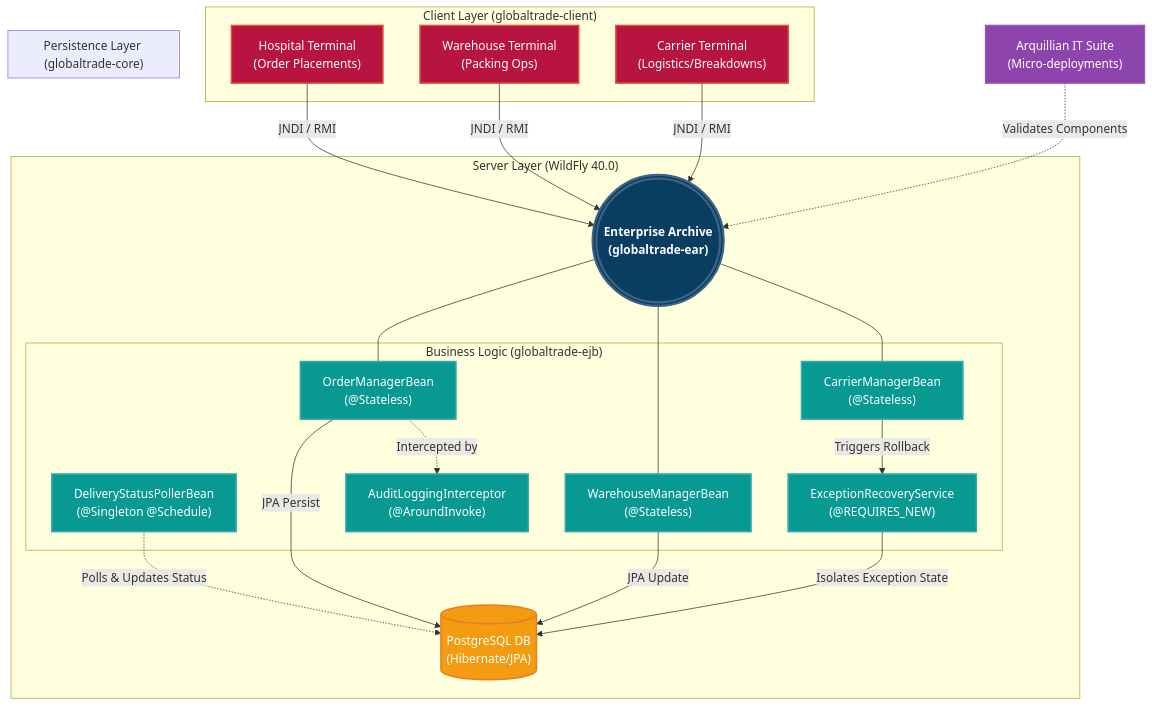
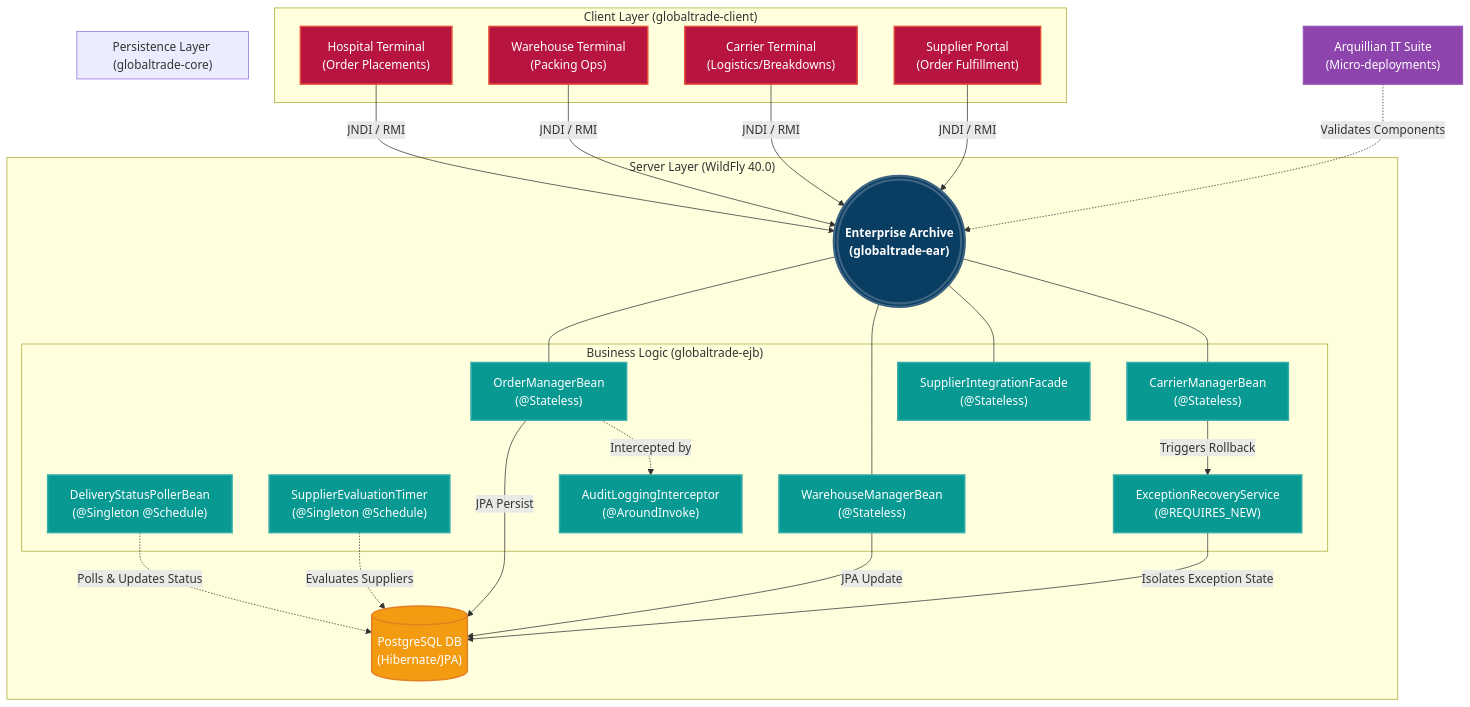
One commit to notlasandu/globaltrade-scm changed the diagram in README.md. Above: the diagram before and after it, drawn with Mermaid. The commit also changed other lines of this file and 29 other files, not shown here.

Commit message:
feat: Implement Vendor Order Fulfillment, Evaluation Timer, and SKU Decoupling

````diff
--- a/README.md
+++ b/README.md
@@ -86,56 +88,62 @@
 ```mermaid
 graph TD
     %% Styling
     classDef client fill:#b71540,stroke:#e55039,stroke-width:2px,color:white;
     classDef server fill:#0a3d62,stroke:#3c6382,stroke-width:3px,color:white,font-weight:bold;
     classDef ejb fill:#079992,stroke:#38ada9,stroke-width:2px,color:white;
     classDef db fill:#f39c12,stroke:#e67e22,stroke-width:2px,color:white;
     classDef test fill:#8e44ad,stroke:#9b59b6,stroke-width:2px,color:white;
 
     %% Client Layer
     subgraph "Client Layer (globaltrade-client)"
         Hospital["Hospital Terminal<br/>(Order Placements)"]:::client
         Warehouse["Warehouse Terminal<br/>(Packing Ops)"]:::client
         Carrier["Carrier Terminal<br/>(Logistics/Breakdowns)"]:::client
+        Vendor["Supplier Portal<br/>(Order Fulfillment)"]:::client
     end
 
     %% JNDI/RMI Boundary
     Hospital -- "JNDI / RMI" --> WildFly
     Warehouse -- "JNDI / RMI" --> WildFly
     Carrier -- "JNDI / RMI" --> WildFly
+    Vendor -- "JNDI / RMI" --> WildFly
 
     %% Server Layer
     subgraph "Server Layer (WildFly 40.0)"
         WildFly((("Enterprise Archive<br/>(globaltrade-ear)"))):::server
 
         subgraph "Business Logic (globaltrade-ejb)"
             OrderEJB["OrderManagerBean<br/>(@Stateless)"]:::ejb
             WarehouseEJB["WarehouseManagerBean<br/>(@Stateless)"]:::ejb
             CarrierEJB["CarrierManagerBean<br/>(@Stateless)"]:::ejb
+            VendorEJB["SupplierIntegrationFacade<br/>(@Stateless)"]:::ejb
             
             Timer["DeliveryStatusPollerBean<br/>(@Singleton @Schedule)"]:::ejb
+            EvalTimer["SupplierEvaluationTimer<br/>(@Singleton @Schedule)"]:::ejb
             Interceptor["AuditLoggingInterceptor<br/>(@AroundInvoke)"]:::ejb
             Recovery["ExceptionRecoveryService<br/>(@REQUIRES_NEW)"]:::ejb
         end
         
         WildFly --- OrderEJB
         WildFly --- WarehouseEJB
         WildFly --- CarrierEJB
+        WildFly --- VendorEJB
 
         OrderEJB -. "Intercepted by" .-> Interceptor
         CarrierEJB -- "Triggers Rollback" --> Recovery
         Timer -. "Polls & Updates Status" .-> DbNode
+        EvalTimer -. "Evaluates Suppliers" .-> DbNode
     end
 
     %% Database Layer
     subgraph "Persistence Layer (globaltrade-core)"
         DbNode[("PostgreSQL DB<br/>(Hibernate/JPA)")]:::db
     end
 
     OrderEJB -- "JPA Persist" --> DbNode
     WarehouseEJB -- "JPA Update" --> DbNode
     Recovery -- "Isolates Exception State" --> DbNode
 
     %% Testing
     Arquillian["Arquillian IT Suite<br/>(Micro-deployments)"]:::test -. "Validates Components" .-> WildFly
 ```
````
